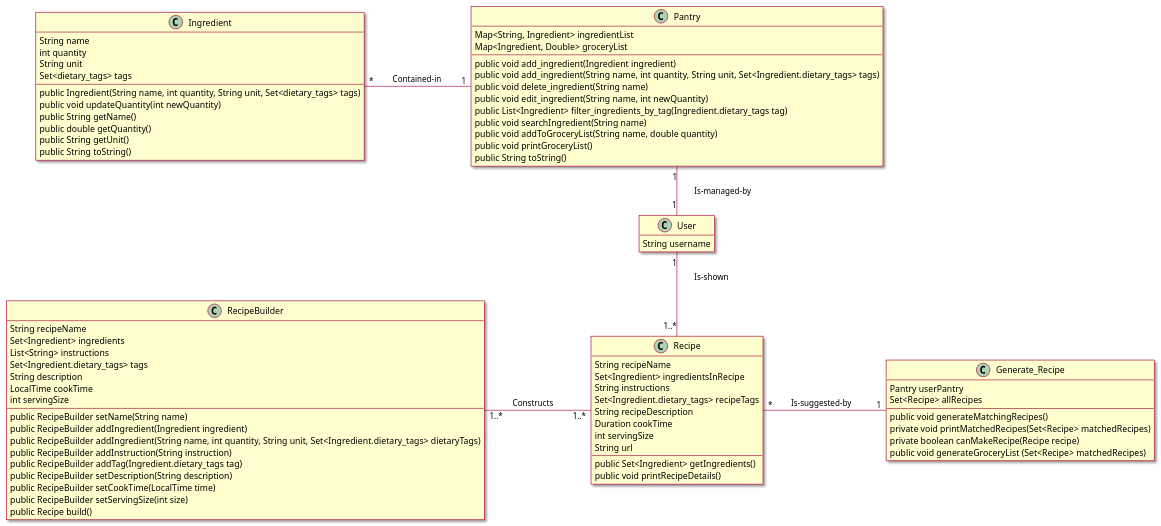
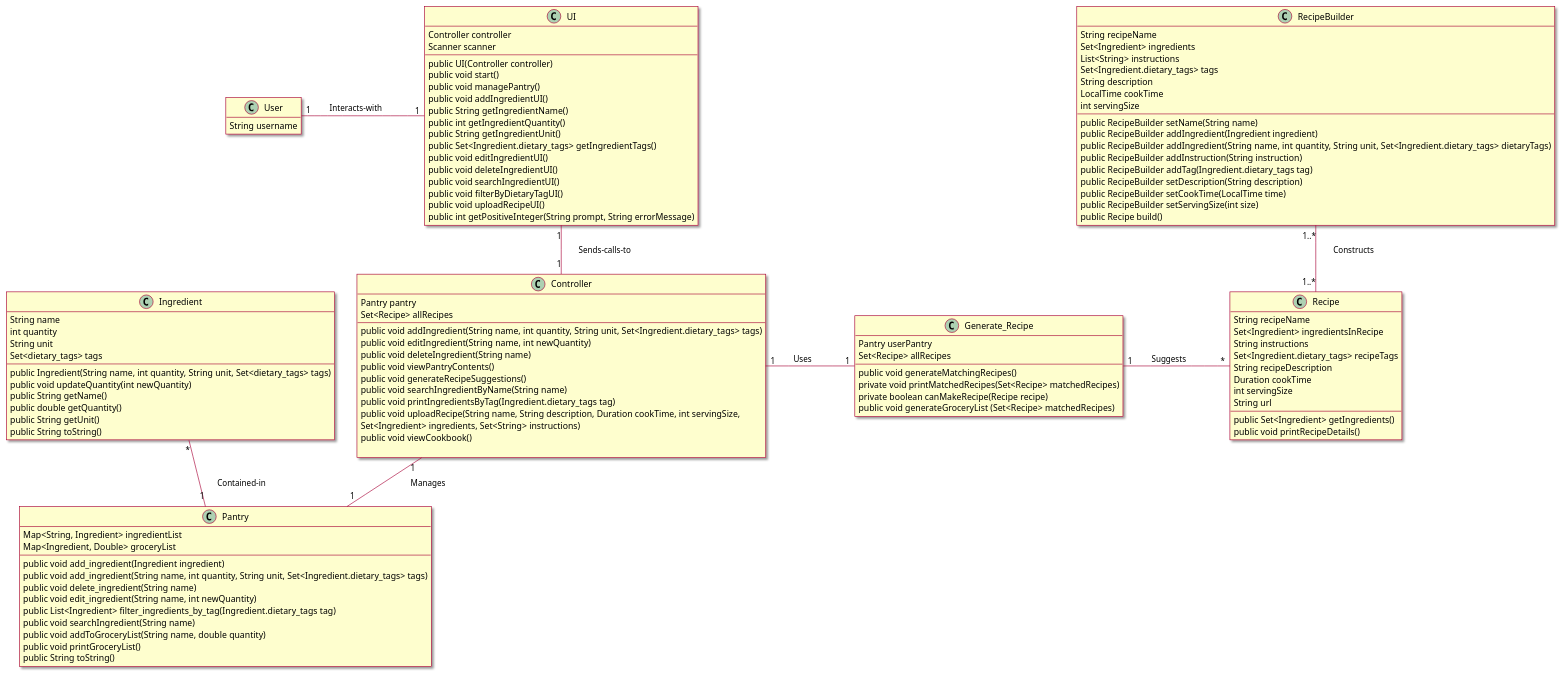
Before and after one commit to berthashipper/Pantry-Pal-Android-Application: the diagram in intellij/doc/class_diagram.md, drawn with PlantUML. The commit also changed 2 other files, not shown here.

Commit message:
Updated class diagram with UI and Controller info

```diff
--- a/intellij/doc/class_diagram.md
+++ b/intellij/doc/class_diagram.md
@@ -84,12 +84,54 @@
  public void generateGroceryList (Set<Recipe> matchedRecipes)
 }
 
+class UI {
+ Controller controller
+ Scanner scanner
+ --
+ public UI(Controller controller)
+ public void start()
+ public void managePantry()
+ public void addIngredientUI()
+ public String getIngredientName()
+ public int getIngredientQuantity()
+ public String getIngredientUnit()
+ public Set<Ingredient.dietary_tags> getIngredientTags()
+ public void editIngredientUI()
+ public void deleteIngredientUI()
+ public void searchIngredientUI()
+ public void filterByDietaryTagUI()
+ public void uploadRecipeUI()
+ public int getPositiveInteger(String prompt, String errorMessage)
+}
+
+class Controller {
+  Pantry pantry
+  Set<Recipe> allRecipes
+ --
+ public void addIngredient(String name, int quantity, String unit, Set<Ingredient.dietary_tags> tags)
+ public void editIngredient(String name, int newQuantity)
+ public void deleteIngredient(String name)
+ public void viewPantryContents()
+ public void generateRecipeSuggestions()
+ public void searchIngredientByName(String name)
+ public void printIngredientsByTag(Ingredient.dietary_tags tag)
+ public void uploadRecipe(String name, String description, Duration cookTime, int servingSize,
+                             Set<Ingredient> ingredients, Set<String> instructions)             
+ public void viewCookbook()
+ 
+}
+
+
 ' associations
-User "1" -up- "1" Pantry : \tIs-managed-by\t\t
-Pantry "1" -left- "*" Ingredient : \tContained-in\t\t
-User "1" -down- "1..*" Recipe : \tIs-shown\t\t
-RecipeBuilder "1..*" -down "1..*" Recipe : \tConstructs\t\t
-Generate_Recipe "1" -left "*" Recipe : \tIs-suggested-by\t\t
+User "1" -right- "1" UI : \tInteracts-with\t\t
+UI "1" -down- "1" Controller : \tSends-calls-to\t\t
+
+Controller "1" -right- "1" Generate_Recipe : \tUses\t\t
+Controller "1" -down- "1" Pantry : \tManages\t\t
+
+Pantry "1" -up- "*" Ingredient : \tContained-in\t\t
+RecipeBuilder "1..*" -down- "1..*" Recipe : \tConstructs\t\t
+Generate_Recipe "1" -down "*" Recipe : \tSuggests\t\t
 
 @enduml
 
```
